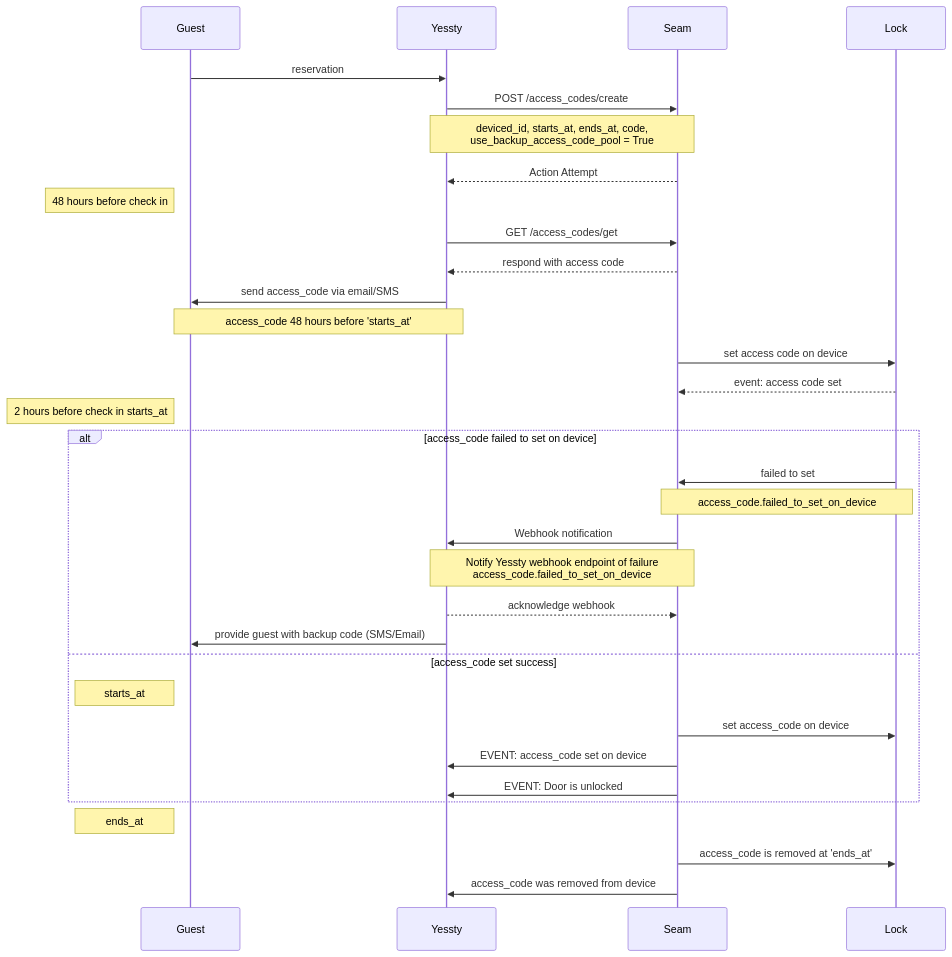
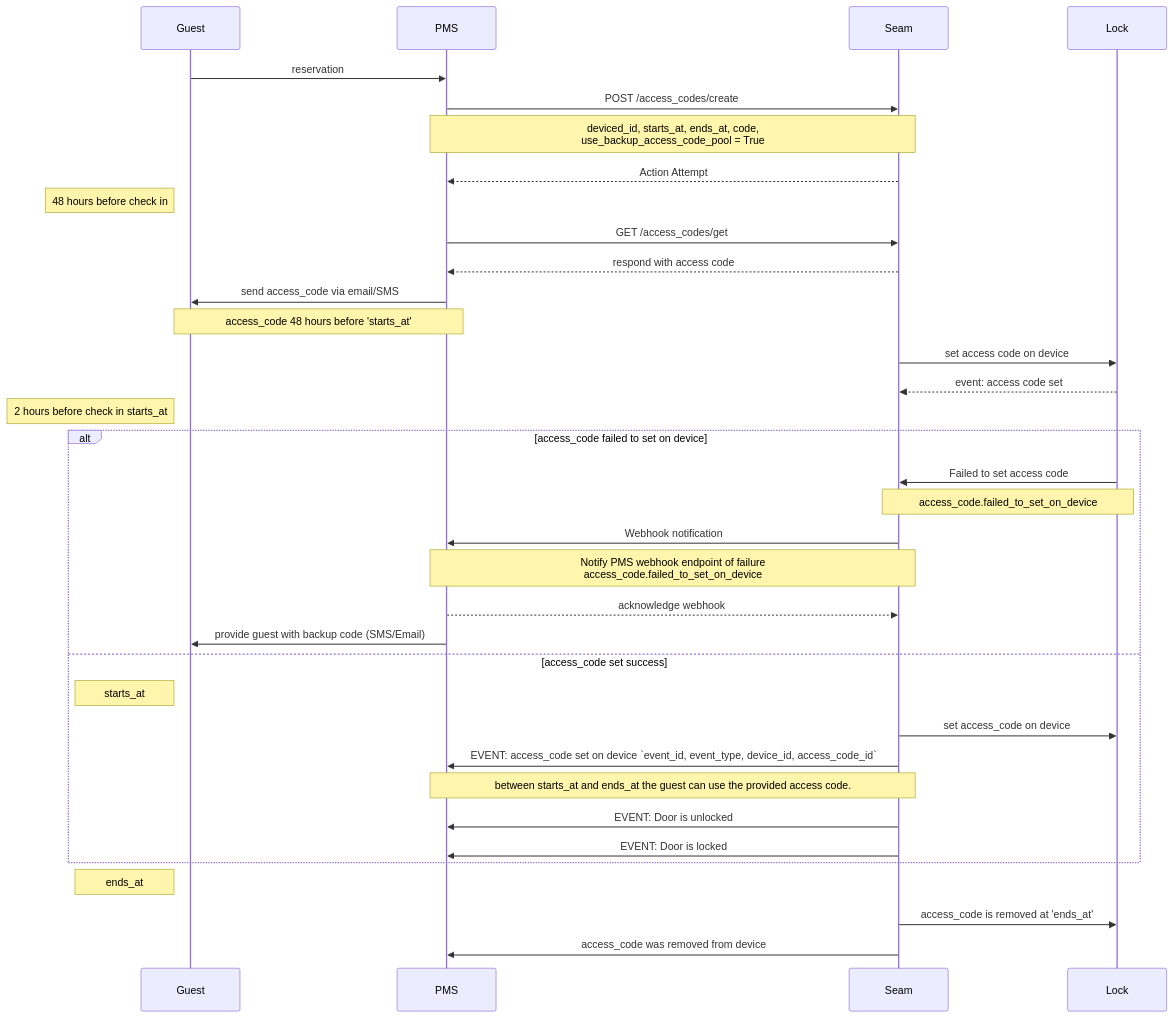
Before and after one commit to alexrigler/seam-demo: the diagram in README.md, drawn with Mermaid. The commit also changed other lines of this file and 2 other files, not shown here.

````diff
--- a/README.md
+++ b/README.md
@@ -28,43 +43,44 @@
 ```mermaid
 sequenceDiagram
     participant Guest
-    participant Yessty
+    participant PMS
     participant Seam 
     participant Lock
 
-    Guest->>Yessty: reservation
-    Yessty->>Seam: POST /access_codes/create
+    Guest->>PMS: reservation
+    PMS->>Seam: POST /access_codes/create
 
-    Note over Yessty,Seam: deviced_id, starts_at, ends_at, code, <br/> use_backup_access_code_pool = True
-    Seam-->>Yessty: Action Attempt
+    Note over PMS,Seam: deviced_id, starts_at, ends_at, code, <br/> use_backup_access_code_pool = True
+    Seam-->>PMS: Action Attempt
 
-    %% Yessty provides their guest with access code
+    %% PMS provides their guest with access code
     Note left of Guest: 48 hours before check in
-    Yessty->>Seam: GET /access_codes/get
-    Seam-->>Yessty: respond with access code
-    Yessty->>Guest: send access_code via email/SMS
-    Note over Guest,Yessty: access_code 48 hours before 'starts_at'
+    PMS->>Seam: GET /access_codes/get
+    Seam-->>PMS: respond with access code
+    PMS->>Guest: send access_code via email/SMS
+    Note over Guest,PMS: access_code 48 hours before 'starts_at'
     Seam->>Lock: set access code on device
     Lock-->>Seam: event: access code set
 
-    %% if Yessty recieves webhook
+    %% if PMS recieves webhook
     Note left of Guest: 2 hours before check in starts_at
     alt access_code failed to set on device
-        Lock->>Seam: failed to set
+        Lock->>Seam: Failed to set access code
         Note over Seam,Lock: access_code.failed_to_set_on_device
-        Seam->>Yessty: Webhook notification
-        Note over Yessty,Seam: Notify Yessty webhook endpoint of failure <br/> access_code.failed_to_set_on_device
-        Yessty-->>Seam: acknowledge webhook 
-        Yessty->>Guest: provide guest with backup code (SMS/Email)
+        Seam->>PMS: Webhook notification
+        Note over PMS,Seam: Notify PMS webhook endpoint of failure <br/> access_code.failed_to_set_on_device
+        PMS-->>Seam: acknowledge webhook 
+        PMS->>Guest: provide guest with backup code (SMS/Email)
 
     else access_code set success
         Note left of Guest: starts_at
         Seam->>Lock: set access_code on device
-        Seam->>Yessty: EVENT: access_code set on device
-        Seam->>Yessty: EVENT: Door is unlocked
-
+        Seam->>PMS: EVENT: access_code set on device `event_id, event_type, device_id, access_code_id`
+        Note over Seam,PMS: between starts_at and ends_at the guest can use the provided access code.
+        Seam->>PMS: EVENT: Door is unlocked 
+        Seam->>PMS: EVENT: Door is locked
     end
     Note left of Guest: ends_at
     Seam->>Lock: access_code is removed at 'ends_at'
-    Seam->>Yessty: access_code was removed from device
+    Seam->>PMS: access_code was removed from device
 ```
````
